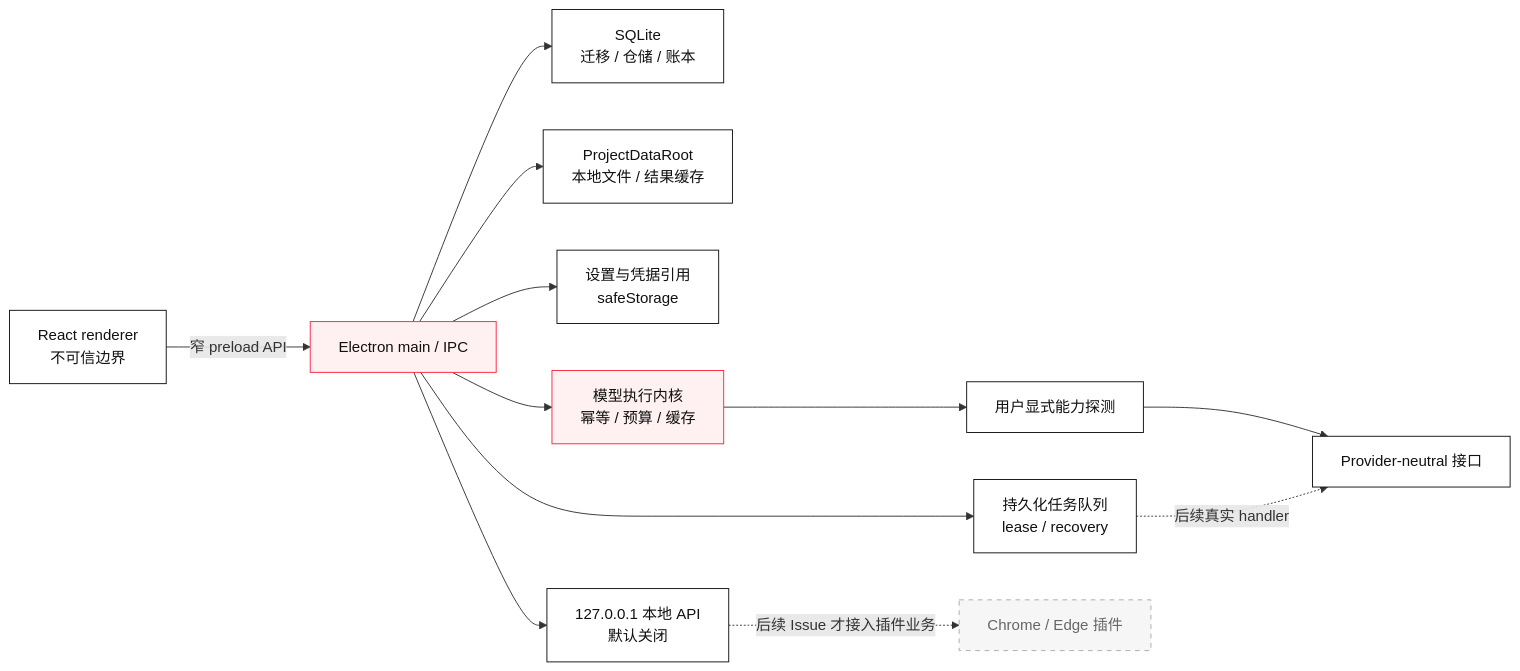
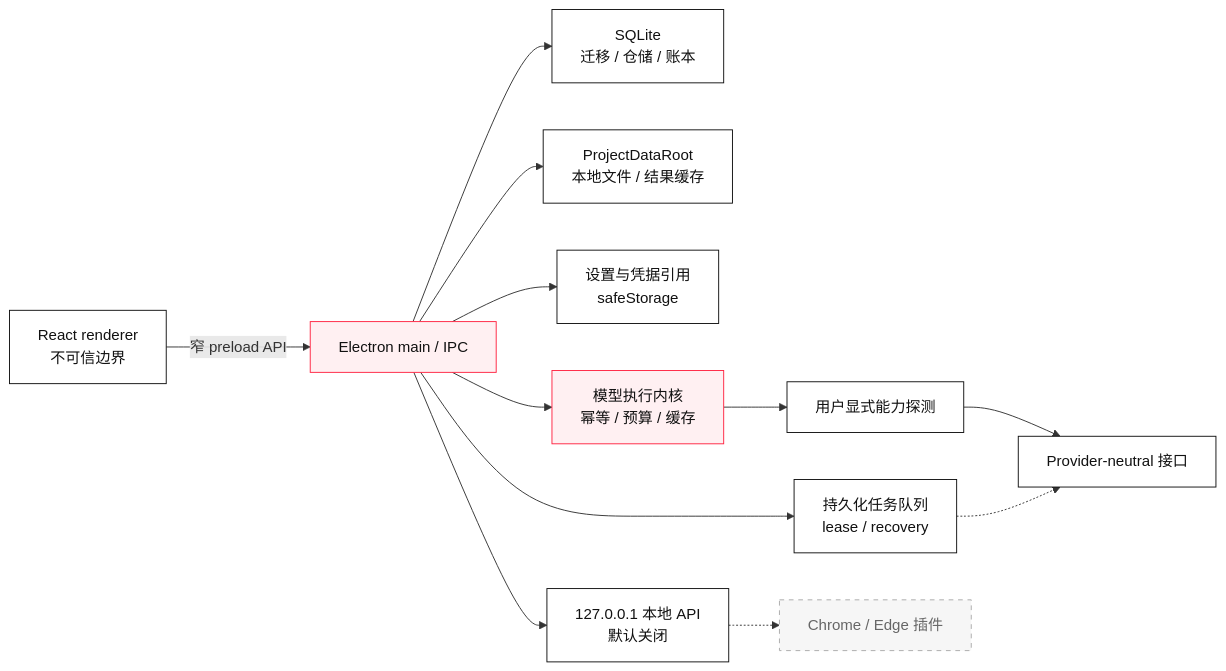
The second of 2 diagrams in README.md (KAtOReNA7/Rednote-Automated-Operation-Tool), drawn with Mermaid before and after one commit.

Commit message:
docs(readme): fix GitHub Mermaid rendering

````diff
--- a/README.md
+++ b/README.md
@@ -140,22 +140,22 @@
 ```mermaid
 flowchart LR
     UI["React renderer<br/>不可信边界"] -->|"窄 preload API"| MAIN["Electron main / IPC"]
     MAIN --> DB["SQLite<br/>迁移 / 仓储 / 账本"]
     MAIN --> FS["ProjectDataRoot<br/>本地文件 / 结果缓存"]
     MAIN --> QUEUE["持久化任务队列<br/>lease / recovery"]
     MAIN --> SETTINGS["设置与凭据引用<br/>safeStorage"]
     MAIN --> API["127.0.0.1 本地 API<br/>默认关闭"]
     MAIN --> EXEC["模型执行内核<br/>幂等 / 预算 / 缓存"]
     EXEC --> PROBE["用户显式能力探测"]
     PROBE --> PROVIDERS["Provider-neutral 接口"]
 
-    API -. "后续 Issue 才接入插件业务" .-> CLIPPER["Chrome / Edge 插件"]
-    QUEUE -. "后续真实 handler" .-> PROVIDERS
+    API -.-> CLIPPER["Chrome / Edge 插件"]
+    QUEUE -.-> PROVIDERS
 
     classDef core fill:#fff0f2,stroke:#ff2442,color:#111;
     classDef safe fill:#fff,stroke:#111,color:#111;
     classDef future fill:#f6f6f6,stroke:#aaa,color:#666,stroke-dasharray:5 5;
     class MAIN,EXEC core;
     class UI,DB,FS,QUEUE,SETTINGS,API,PROBE,PROVIDERS safe;
     class CLIPPER future;
 ```
````
